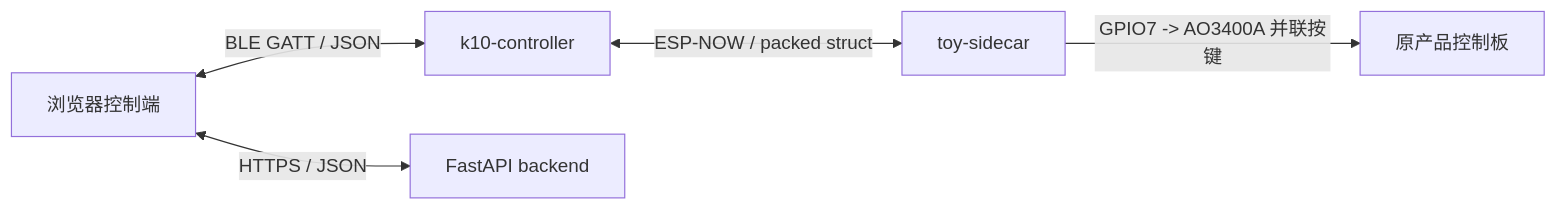
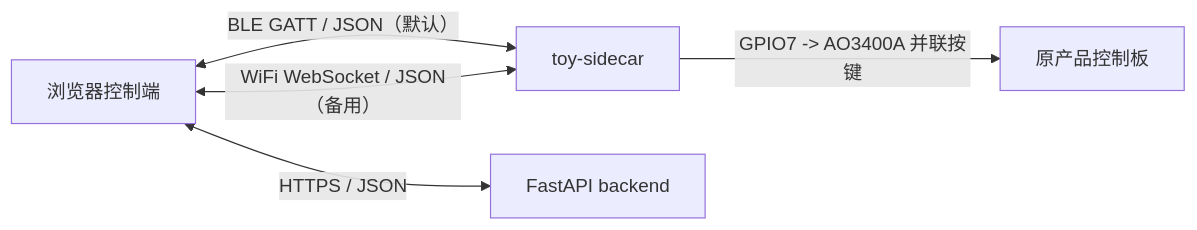
The diagram in protocol/README.md (Binomial-distribution/nascent), drawn with Mermaid before and after one commit. The commit also changed other lines of this file and 17 other files, not shown here.

````diff
--- a/protocol/README.md
+++ b/protocol/README.md
@@ -29,12 +29,11 @@
 ```mermaid
 flowchart LR
   Phone["浏览器控制端"]
-  K10["k10-controller"]
   Toy["toy-sidecar"]
   Board["原产品控制板"]
   Cloud["FastAPI backend"]
-  Phone <-->|"BLE GATT / JSON"| K10
-  K10 <-->|"ESP-NOW / packed struct"| Toy
+  Phone <-->|"BLE GATT / JSON（默认）"| Toy
+  Phone <-->|"WiFi WebSocket / JSON（备用）"| Toy
   Toy -->|"GPIO7 -> AO3400A 并联按键"| Board
   Phone <-->|"HTTPS / JSON"| Cloud
 ```
````
